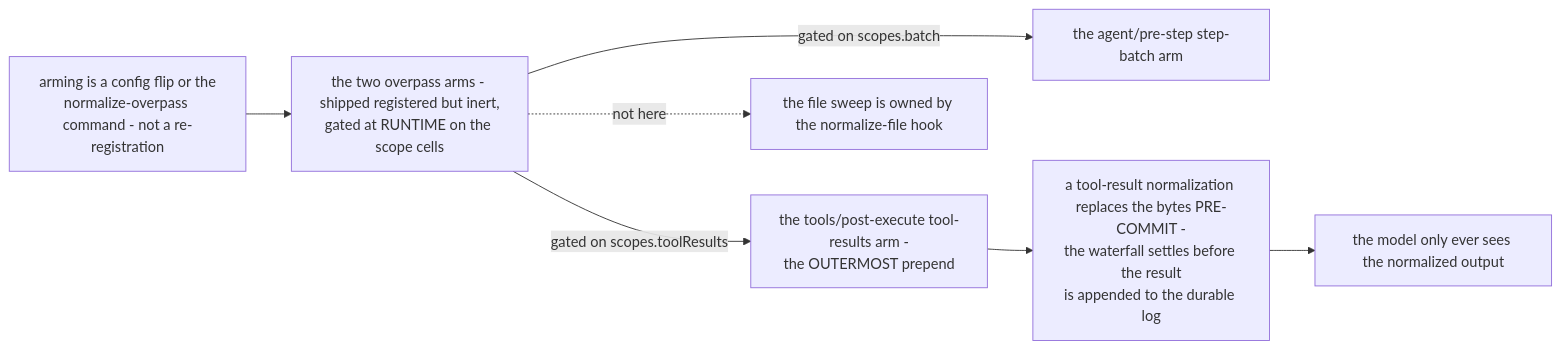
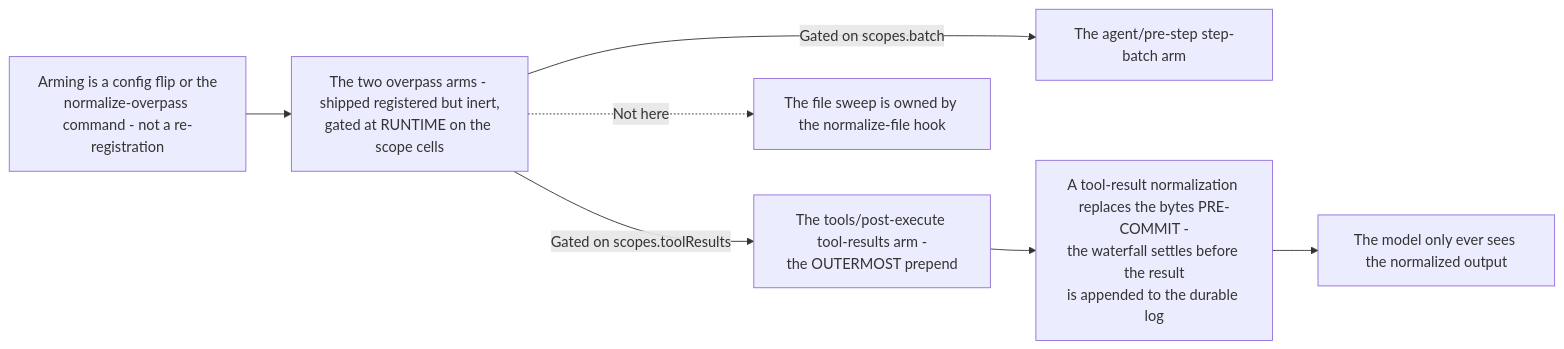
One commit to PlayForm/Site-DeepSeek changed the diagram in Source/Content/Mermaid/setup-optional-overpass.mmd. Above: the diagram before and after it, drawn with Mermaid. The commit also changed 221 other files, not shown here.

```diff
--- a/Source/Content/Mermaid/setup-optional-overpass.mmd
+++ b/Source/Content/Mermaid/setup-optional-overpass.mmd
@@ -1,16 +1,16 @@
 flowchart LR
-	ARMS["the two overpass arms - shipped registered but inert,<br/>gated at RUNTIME on the scope cells"]
-	TOOLR["the tools/post-execute tool-results arm -<br/>the OUTERMOST prepend"]
-	BATCH["the agent/pre-step step-batch arm"]
-	FLIP["arming is a config flip or the<br/>normalize-overpass command - not a re-registration"]
-	PRE["a tool-result normalization replaces the bytes PRE-COMMIT -<br/>the waterfall settles before the result<br/>is appended to the durable log"]
-	MODEL["the model only ever sees the normalized output"]
-	FILES["the file sweep is owned by the normalize-file hook"]
-	ARMS -- "gated on scopes.toolResults" --> TOOLR
-	ARMS -- "gated on scopes.batch" --> BATCH
+	ARMS["The two overpass arms - shipped registered but inert,<br/>gated at RUNTIME on the scope cells"]
+	TOOLR["The tools/post-execute tool-results arm -<br/>the OUTERMOST prepend"]
+	BATCH["The agent/pre-step step-batch arm"]
+	FLIP["Arming is a config flip or the<br/>normalize-overpass command - not a re-registration"]
+	PRE["A tool-result normalization replaces the bytes PRE-COMMIT -<br/>the waterfall settles before the result<br/>is appended to the durable log"]
+	MODEL["The model only ever sees the normalized output"]
+	FILES["The file sweep is owned by the normalize-file hook"]
+	ARMS -- "Gated on scopes.toolResults" --> TOOLR
+	ARMS -- "Gated on scopes.batch" --> BATCH
 	FLIP --> ARMS
 	TOOLR --> PRE
 	PRE --> MODEL
-	ARMS -. "not here" .-> FILES
+	ARMS -. "Not here" .-> FILES
 	TOOLR ~~~ BATCH
 %% Invisible layout links only - no semantics.
```
